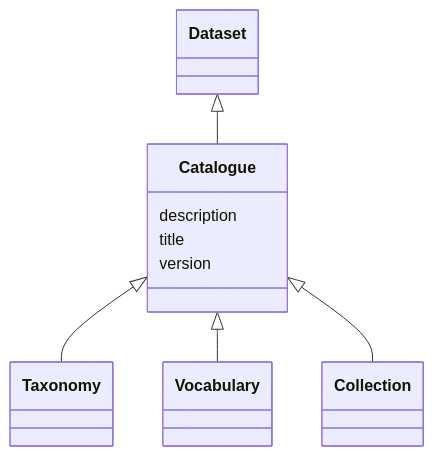
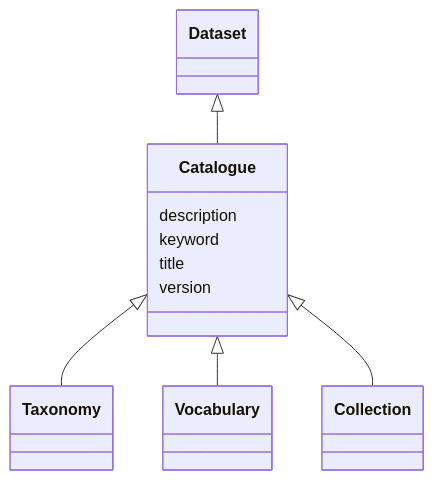
Before and after one commit to EVORA-project/evora-ontology: the diagram in models/docs/Catalogue.md, drawn with Mermaid. The commit also changed other lines of this file and 402 other files, not shown here.

````diff
--- a/models/docs/Catalogue.md
+++ b/models/docs/Catalogue.md
@@ -21,24 +21,26 @@
 ```mermaid
  classDiagram
     class Catalogue
     click Catalogue href "../Catalogue"
       Dataset <|-- Catalogue
         click Dataset href "../Dataset"
       
 
       Catalogue <|-- Taxonomy
         click Taxonomy href "../Taxonomy"
       Catalogue <|-- Vocabulary
         click Vocabulary href "../Vocabulary"
       Catalogue <|-- Collection
         click Collection href "../Collection"
       
       
       Catalogue : description
         
+      Catalogue : keyword
+        
       Catalogue : title
         
       Catalogue : version
         
       
 ```
````
